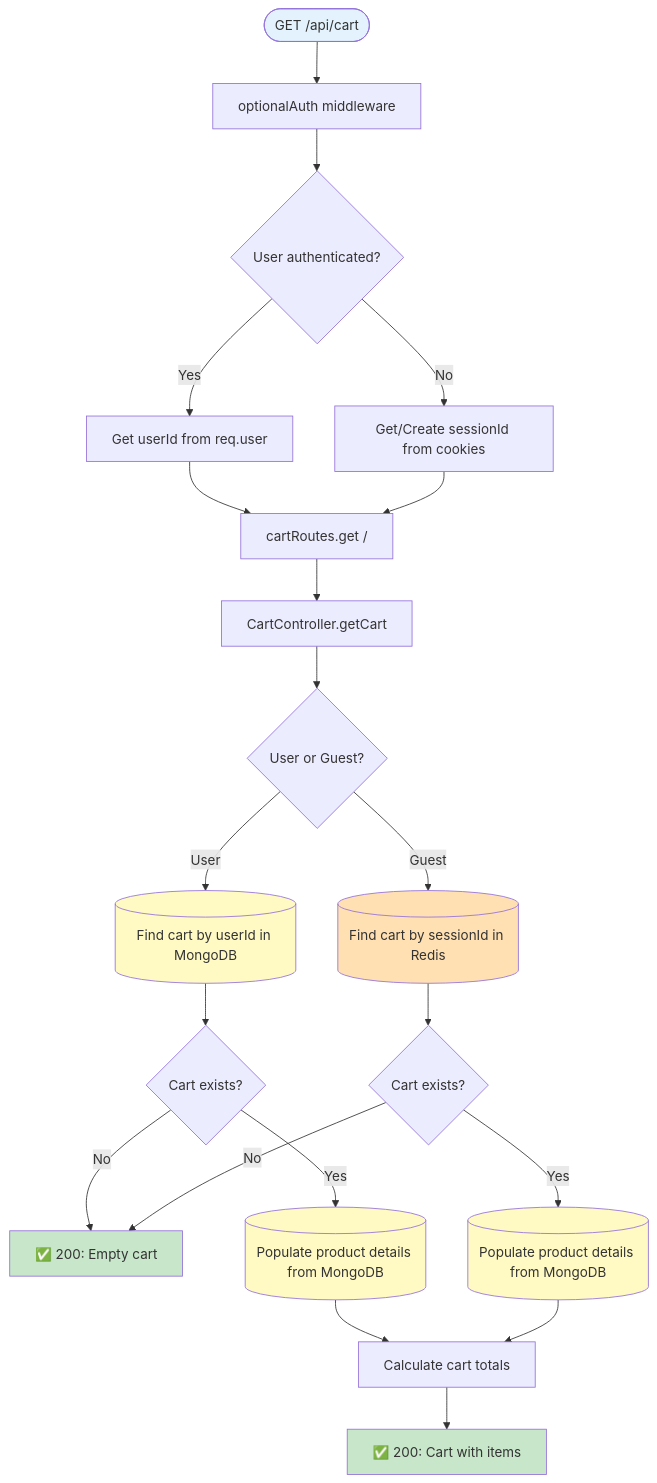
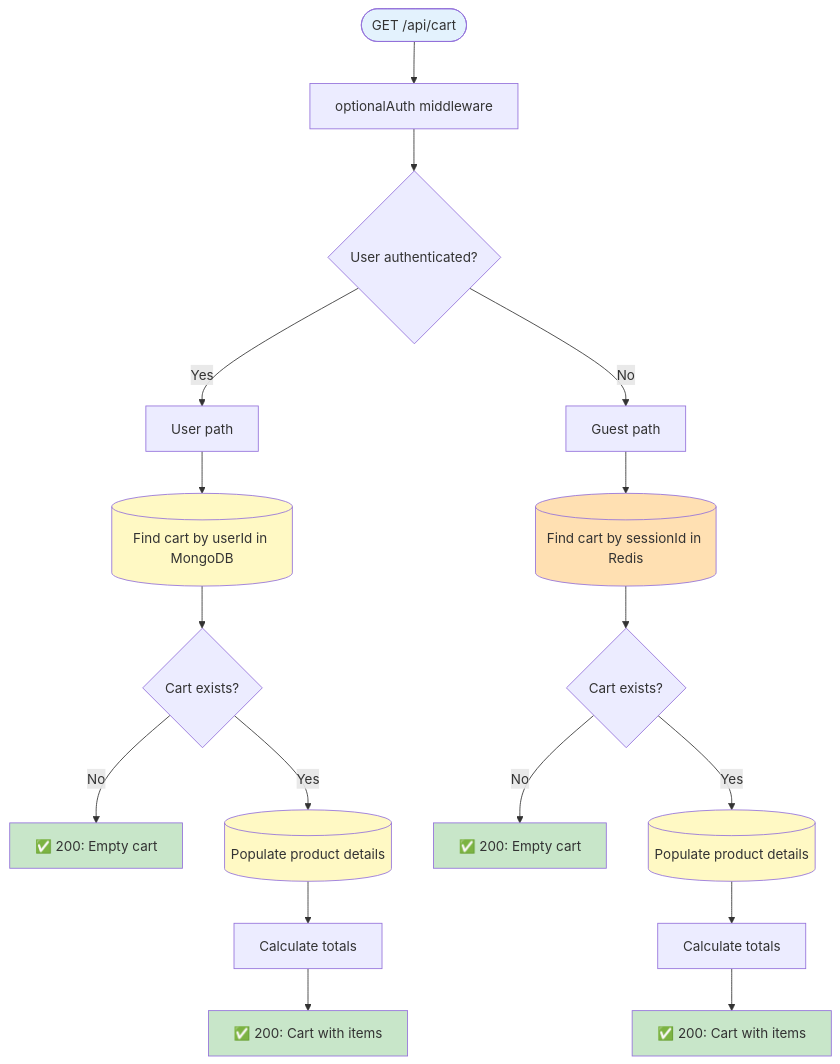
The tenth of 26 diagrams in docs/SERVER_ENDPOINTS_MAP.md (shmuelkapiloff/simple-), drawn with Mermaid before and after one commit. The commit also changed other lines of this file, not shown here.

Commit message:
fix: Separate convergent paths in GET /api/health

````diff
--- a/docs/SERVER_ENDPOINTS_MAP.md
+++ b/docs/SERVER_ENDPOINTS_MAP.md
@@ -481,40 +481,32 @@
 ```mermaid
 flowchart TD
     Request([GET /api/cart]) --> OptionalAuth[optionalAuth middleware]
     OptionalAuth --> CheckAuth{User authenticated?}
     
-    CheckAuth -->|Yes| GetUserId[Get userId from req.user]
-    CheckAuth -->|No| GetSessionId[Get/Create sessionId from cookies]
+    CheckAuth -->|Yes| UserPath[User path]
+    CheckAuth -->|No| GuestPath[Guest path]
     
-    GetUserId --> RouteHandler[cartRoutes.get /]
-    GetSessionId --> RouteHandler
+    UserPath --> FindUserCart[(Find cart by userId in MongoDB)]
+    FindUserCart --> UserCartExists{Cart exists?}
+    UserCartExists -->|No| ReturnEmptyUser["✅ 200: Empty cart"]
+    UserCartExists -->|Yes| PopulateProducts[(Populate product details)]
+    PopulateProducts --> CalculateTotalUser[Calculate totals]
+    CalculateTotalUser --> ReturnUserCart["✅ 200: Cart with items"]
     
-    RouteHandler --> Controller[CartController.getCart]
-    Controller --> ServiceCall{User or Guest?}
-    
-    ServiceCall -->|User| FindUserCart[(Find cart by userId in MongoDB)]
-    ServiceCall -->|Guest| FindGuestCart[(Find cart by sessionId in Redis)]
-    
-    FindUserCart --> UserCartExists{Cart exists?}
+    GuestPath --> FindGuestCart[(Find cart by sessionId in Redis)]
     FindGuestCart --> GuestCartExists{Cart exists?}
-    
-    UserCartExists -->|No| ReturnEmpty["✅ 200: Empty cart"]
-    UserCartExists -->|Yes| PopulateProducts[(Populate product details from MongoDB)]
-    
-    GuestCartExists -->|No| ReturnEmpty
-    GuestCartExists -->|Yes| PopulateProductsGuest[(Populate product details from MongoDB)]
-    
-    PopulateProducts --> CalculateTotal[Calculate cart totals]
-    PopulateProductsGuest --> CalculateTotal
-    
-    CalculateTotal --> Return200["✅ 200: Cart with items"]
-    
+    GuestCartExists -->|No| ReturnEmptyGuest["✅ 200: Empty cart"]
+    GuestCartExists -->|Yes| PopulateProductsGuest[(Populate product details)]
+    PopulateProductsGuest --> CalculateTotalGuest[Calculate totals]
+    CalculateTotalGuest --> ReturnGuestCart["✅ 200: Cart with items"]
     
     style Request fill:#e3f2fd
-    style Return200 fill:#c8e6c9
-    style ReturnEmpty fill:#c8e6c9
+    style ReturnUserCart fill:#c8e6c9
+    style ReturnGuestCart fill:#c8e6c9
+    style ReturnEmptyUser fill:#c8e6c9
+    style ReturnEmptyGuest fill:#c8e6c9
     style FindUserCart fill:#fff9c4
     style FindGuestCart fill:#ffe0b2
     style PopulateProducts fill:#fff9c4
     style PopulateProductsGuest fill:#fff9c4
 ```
````
